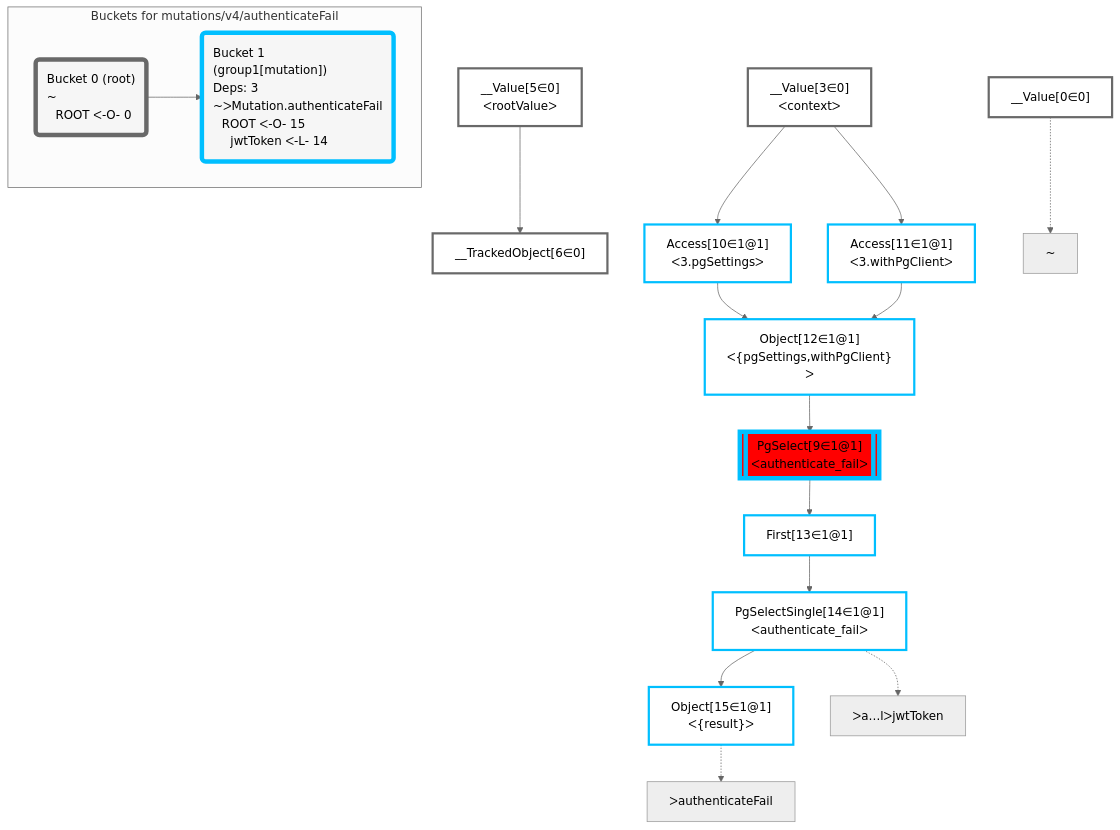
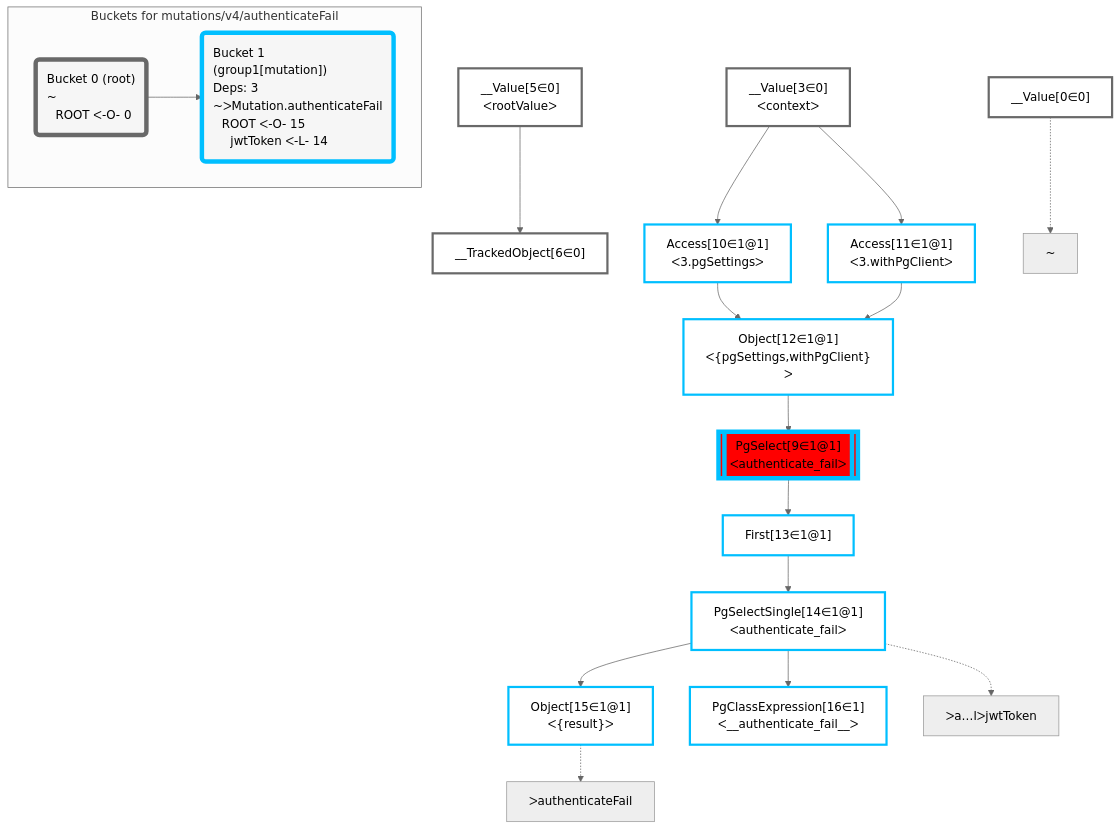
Before and after one commit to graphile/crystal: the diagram in packages/postgraphile/__tests__/mutations/v4/authenticateFail.mermaid, drawn with Mermaid (neutral theme). The commit also changed 1 other file, not shown here.

```diff
--- a/packages/postgraphile/__tests__/mutations/v4/authenticateFail.mermaid
+++ b/packages/postgraphile/__tests__/mutations/v4/authenticateFail.mermaid
@@ -1,48 +1,50 @@
 graph TD
     classDef path fill:#eee,stroke:#000,color:#000
     classDef plan fill:#fff,stroke-width:3px,color:#000
     classDef itemplan fill:#fff,stroke-width:6px,color:#000
     classDef sideeffectplan fill:#f00,stroke-width:6px,color:#000
     classDef bucket fill:#f6f6f6,color:#000,stroke-width:6px,text-align:left
 
 
     %% define plans
     __Value0["__Value[0∈0]"]:::plan
     __Value3["__Value[3∈0]<br />ᐸcontextᐳ"]:::plan
     __Value5["__Value[5∈0]<br />ᐸrootValueᐳ"]:::plan
     __TrackedObject6["__TrackedObject[6∈0]"]:::plan
     Access10["Access[10∈1@1]<br />ᐸ3.pgSettingsᐳ"]:::plan
     Access11["Access[11∈1@1]<br />ᐸ3.withPgClientᐳ"]:::plan
     Object12["Object[12∈1@1]<br />ᐸ{pgSettings,withPgClient}ᐳ"]:::plan
     PgSelect9[["PgSelect[9∈1@1]<br />ᐸauthenticate_failᐳ"]]:::sideeffectplan
     First13["First[13∈1@1]"]:::plan
     PgSelectSingle14["PgSelectSingle[14∈1@1]<br />ᐸauthenticate_failᐳ"]:::plan
     Object15["Object[15∈1@1]<br />ᐸ{result}ᐳ"]:::plan
+    PgClassExpression16["PgClassExpression[16∈1]<br />ᐸ__authenticate_fail__ᐳ"]:::plan
 
     %% plan dependencies
     __Value5 --> __TrackedObject6
     __Value3 --> Access10
     __Value3 --> Access11
     Access10 & Access11 --> Object12
     Object12 --> PgSelect9
     PgSelect9 --> First13
     First13 --> PgSelectSingle14
     PgSelectSingle14 --> Object15
+    PgSelectSingle14 --> PgClassExpression16
 
     %% plan-to-path relationships
     P0["~"]
     __Value0 -.-> P0
     P14["ᐳa…lᐳjwtToken"]
     PgSelectSingle14 -.-> P14
     P15["ᐳauthenticateFail"]
     Object15 -.-> P15
 
     subgraph "Buckets for mutations/v4/authenticateFail"
     Bucket0("Bucket 0 (root)<br />~<br />⠀ROOT ᐸ-O- 0"):::bucket
     classDef bucket0 stroke:#696969
     class Bucket0,__Value0,__Value3,__Value5,__TrackedObject6 bucket0
     Bucket1("Bucket 1 (group1[mutation])<br />Deps: 3<br />~ᐳMutation.authenticateFail<br />⠀ROOT ᐸ-O- 15<br />⠀⠀jwtToken ᐸ-L- 14"):::bucket
     classDef bucket1 stroke:#00bfff
-    class Bucket1,PgSelect9,Access10,Access11,Object12,First13,PgSelectSingle14,Object15 bucket1
+    class Bucket1,PgSelect9,Access10,Access11,Object12,First13,PgSelectSingle14,Object15,PgClassExpression16 bucket1
     Bucket0 --> Bucket1
     end
```
